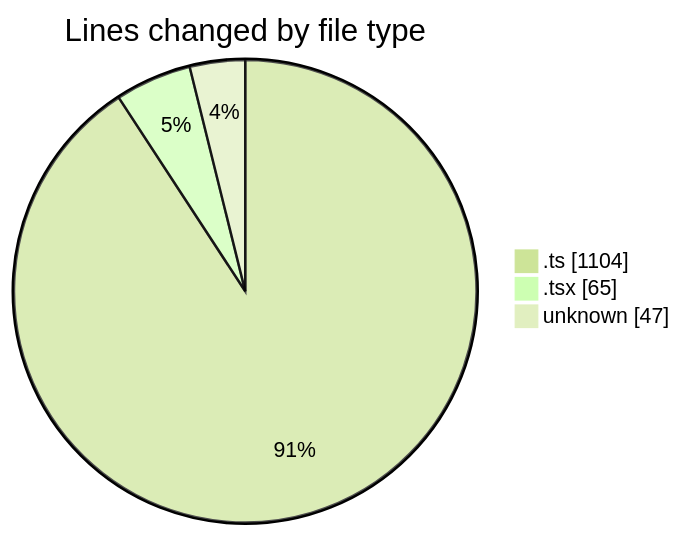
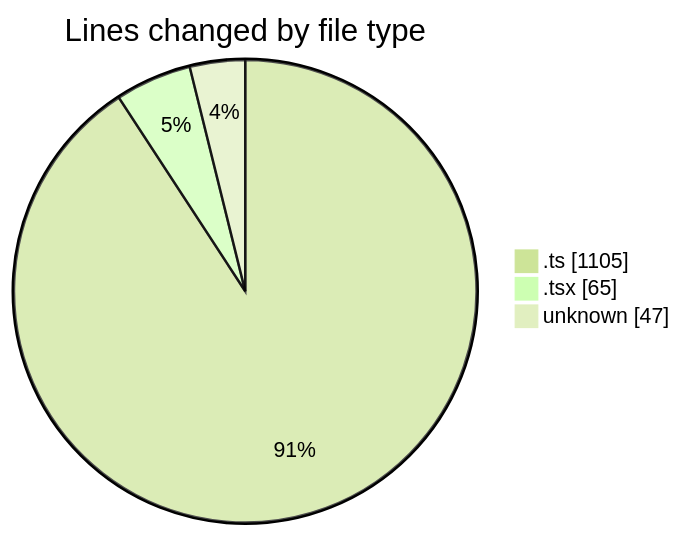
Before and after one commit to momahboobian/code-tracking: the first of 2 diagrams in 2025-09-11/cda/README.md, drawn with Mermaid (forest theme). The commit also changed other lines of this file and 1 other file, not shown here.

````diff
--- a/2025-09-11/cda/README.md
+++ b/2025-09-11/cda/README.md
@@ -26,7 +26,7 @@
 ```mermaid
 pie showData
 title Lines changed by file type
-".ts" : 1104
+".ts" : 1105
 ".tsx" : 65
 "unknown" : 47
 ```
````
